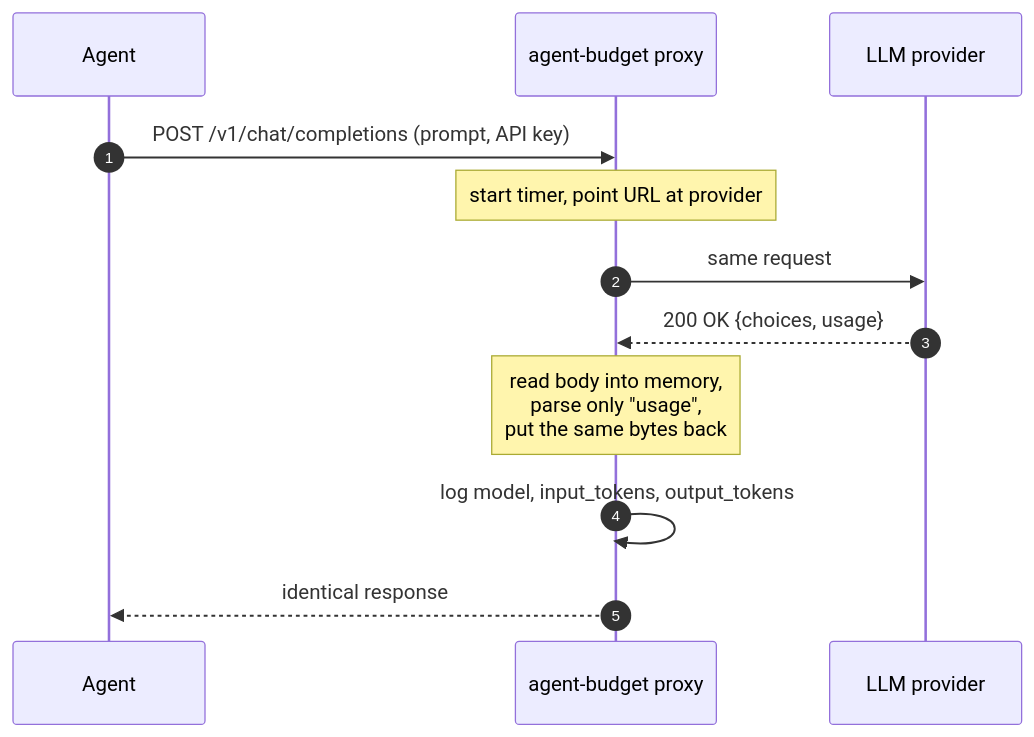
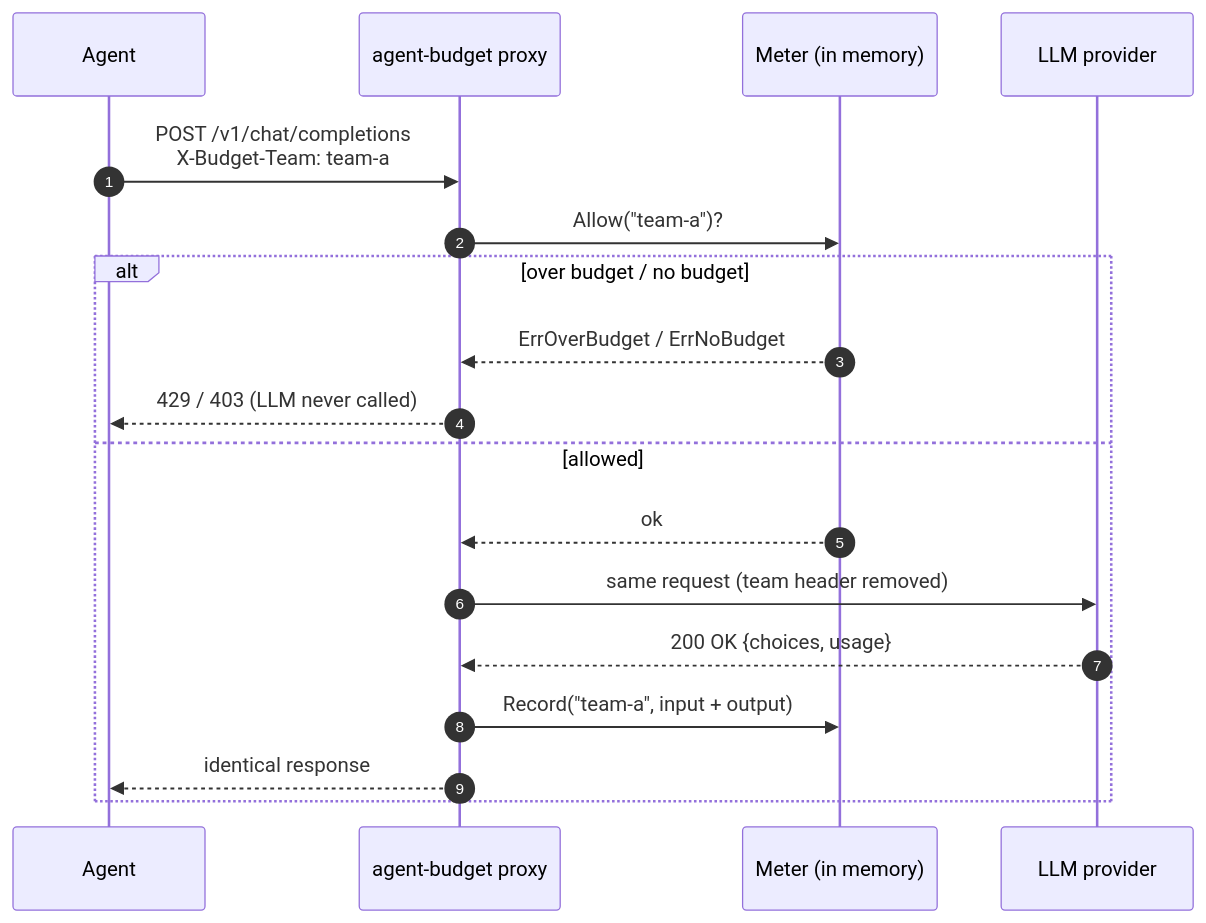
Before and after one commit to chikolavosaki-sys/agent-budget: the second of 2 diagrams in README.md, drawn with Mermaid. The commit also changed other lines of this file and 6 other files, not shown here.

````diff
--- a/README.md
+++ b/README.md
@@ -96,14 +113,20 @@
 ```mermaid
 sequenceDiagram
     autonumber
     participant Agent
     participant Proxy as agent-budget proxy
+    participant Meter as Meter (in memory)
     participant LLM as LLM provider
-    Agent->>Proxy: POST /v1/chat/completions (prompt, API key)
-    Note over Proxy: start timer, point URL at provider
-    Proxy->>LLM: same request
-    LLM-->>Proxy: 200 OK {choices, usage}
-    Note over Proxy: read body into memory,<br/>parse only "usage",<br/>put the same bytes back
-    Proxy->>Proxy: log model, input_tokens, output_tokens
-    Proxy-->>Agent: identical response
+    Agent->>Proxy: POST /v1/chat/completions<br/>X-Budget-Team: team-a
+    Proxy->>Meter: Allow("team-a")?
+    alt over budget / no budget
+        Meter-->>Proxy: ErrOverBudget / ErrNoBudget
+        Proxy-->>Agent: 429 / 403 (LLM never called)
+    else allowed
+        Meter-->>Proxy: ok
+        Proxy->>LLM: same request (team header removed)
+        LLM-->>Proxy: 200 OK {choices, usage}
+        Proxy->>Meter: Record("team-a", input + output)
+        Proxy-->>Agent: identical response
+    end
 ```
````
